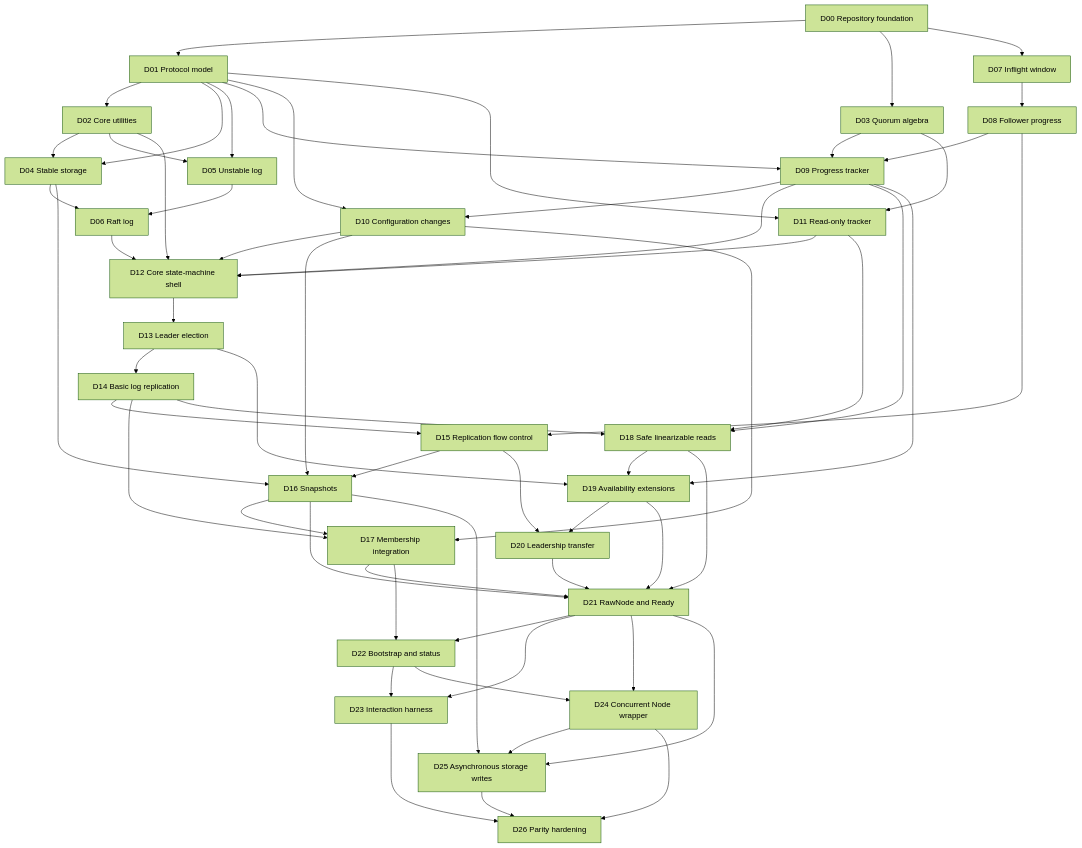
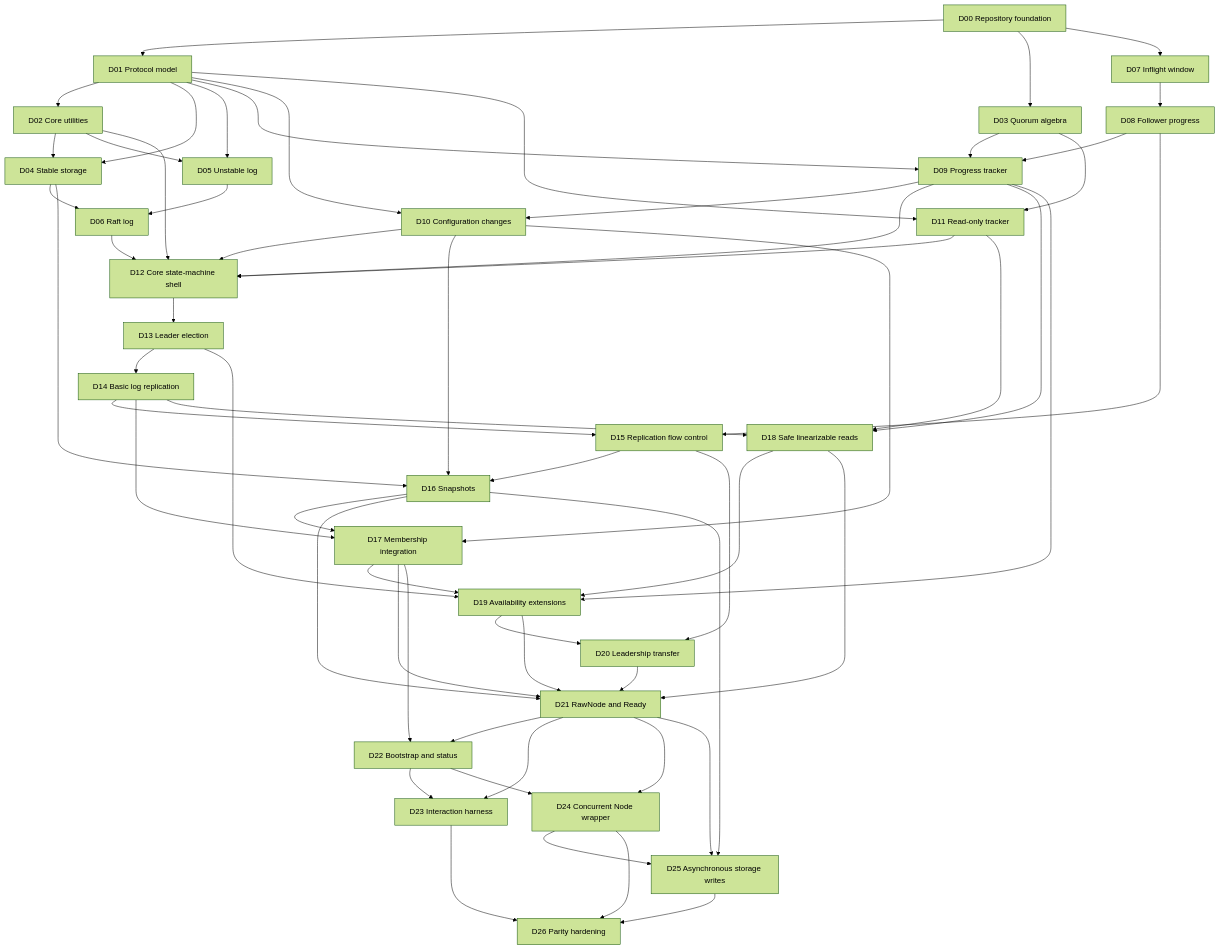
Before and after one commit to algorithm-apprentice/dotnet-raft: the diagram in docs/implementation-dag.md, drawn with Mermaid (forest theme). The commit also changed other lines of this file and 14 other files, not shown here.

```diff
--- a/docs/implementation-dag.md
+++ b/docs/implementation-dag.md
@@ -83,6 +83,7 @@
     D14 --> D18
     D09 --> D19
     D13 --> D19
+    D17 --> D19
     D18 --> D19
     D15 --> D20
     D19 --> D20
```
